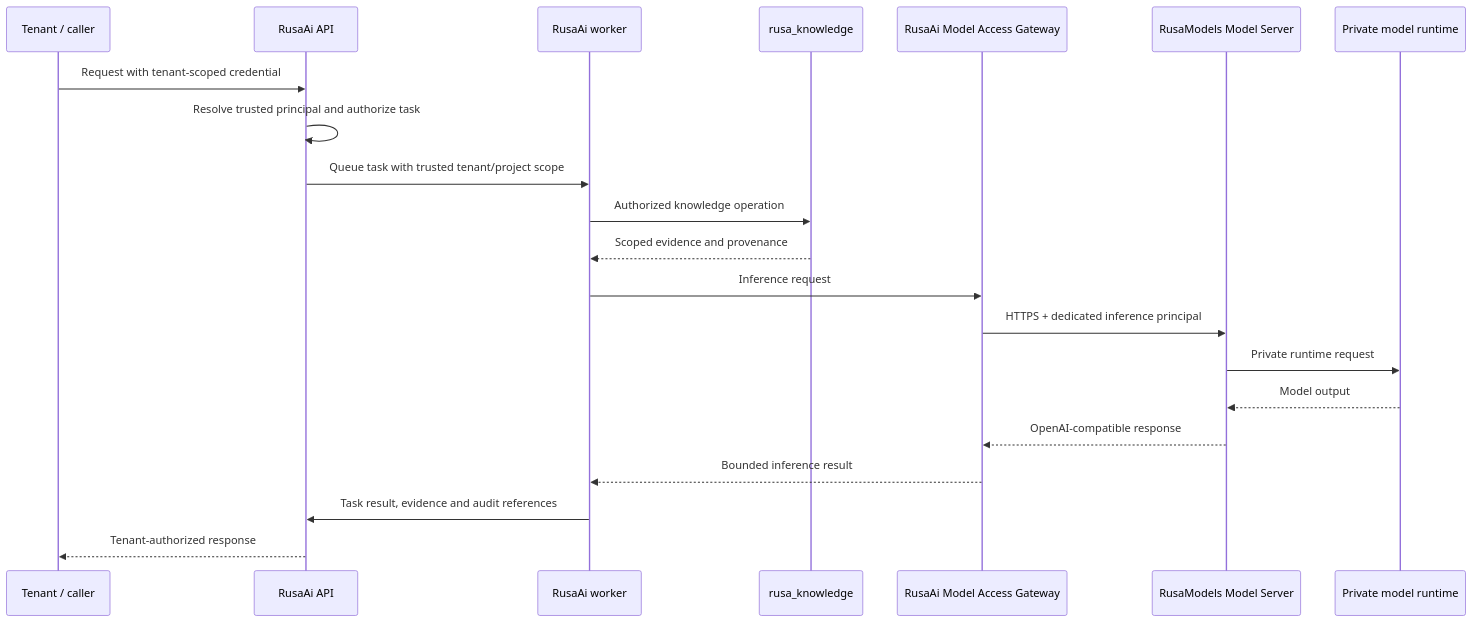
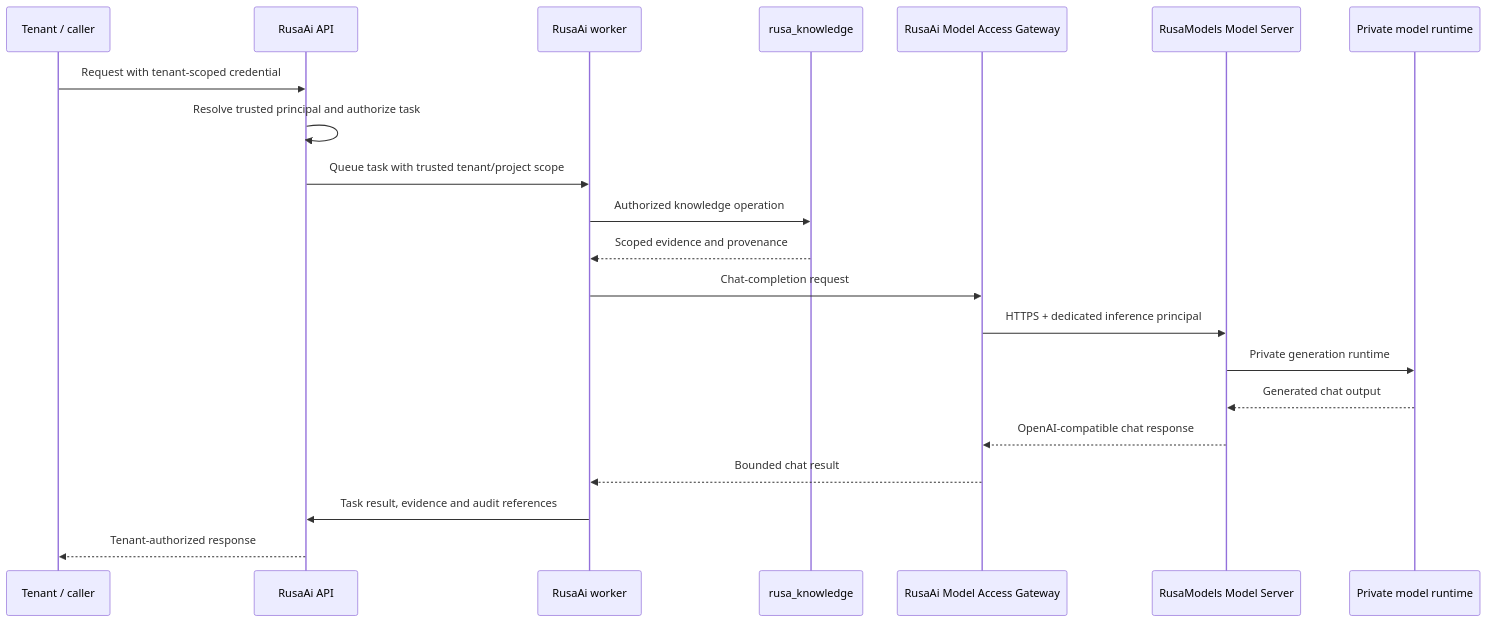
The second of 4 diagrams in docs/architecture/ECOSYSTEM_ARCHITECTURE_RECONCILIATION_v1.0.md (StrategyG/RusaAi), drawn with Mermaid before and after one commit. The commit also changed other lines of this file, not shown here.

Commit message:
docs(architecture): label gateway flow as chat completion

````diff
--- a/docs/architecture/ECOSYSTEM_ARCHITECTURE_RECONCILIATION_v1.0.md
+++ b/docs/architecture/ECOSYSTEM_ARCHITECTURE_RECONCILIATION_v1.0.md
@@ -87,24 +87,24 @@
 ```mermaid
 sequenceDiagram
   participant C as Tenant / caller
   participant A as RusaAi API
   participant W as RusaAi worker
   participant K as rusa_knowledge
   participant G as RusaAi Model Access Gateway
   participant M as RusaModels Model Server
   participant R as Private model runtime
 
   C->>A: Request with tenant-scoped credential
   A->>A: Resolve trusted principal and authorize task
   A->>W: Queue task with trusted tenant/project scope
   W->>K: Authorized knowledge operation
   K-->>W: Scoped evidence and provenance
-  W->>G: Inference request
+  W->>G: Chat-completion request
   G->>M: HTTPS + dedicated inference principal
-  M->>R: Private runtime request
-  R-->>M: Model output
-  M-->>G: OpenAI-compatible response
-  G-->>W: Bounded inference result
+  M->>R: Private generation runtime
+  R-->>M: Generated chat output
+  M-->>G: OpenAI-compatible chat response
+  G-->>W: Bounded chat result
   W->>A: Task result, evidence and audit references
   A-->>C: Tenant-authorized response
 ```
````
